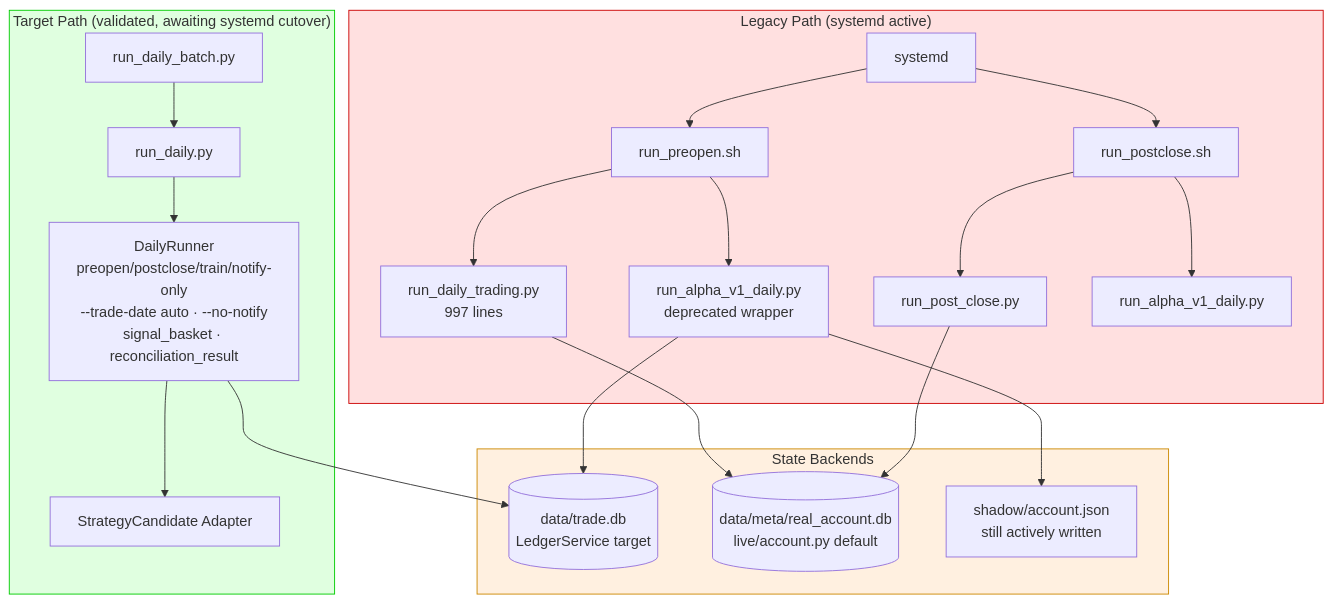
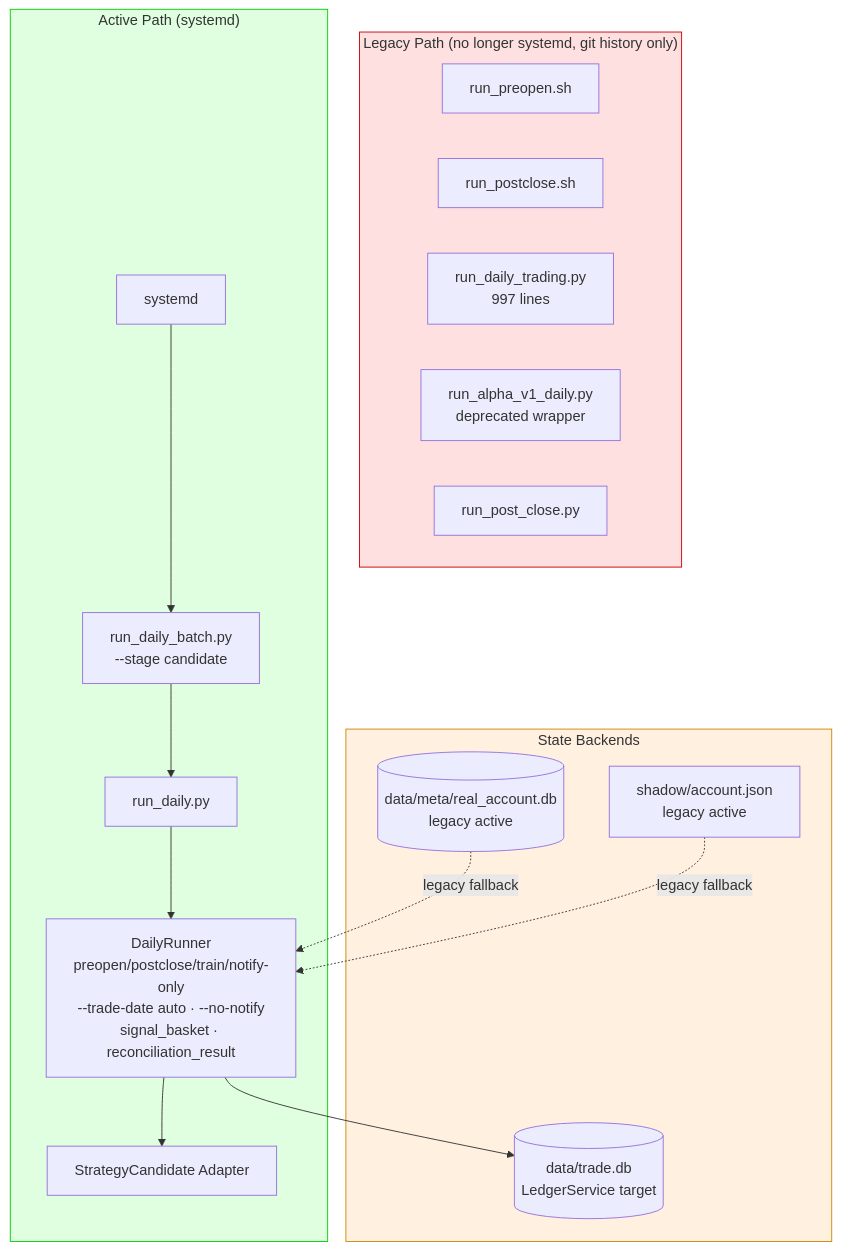
The second of 3 diagrams in docs/ARCHITECTURE.md (sinnergarden/SysQ), drawn with Mermaid before and after one commit. The commit also changed other lines of this file and 32 other files, not shown here.

````diff
--- a/docs/ARCHITECTURE.md
+++ b/docs/ARCHITECTURE.md
@@ -87,33 +87,31 @@
 ```mermaid
 flowchart TB
-    subgraph LEGACY["Legacy Path (systemd active)"]
-        SYS[systemd] --> SH[run_preopen.sh]
-        SYS --> PSH[run_postclose.sh]
-        SH --> RDT[run_daily_trading.py<br/>997 lines]
-        SH --> RAV[run_alpha_v1_daily.py<br/>deprecated wrapper]
-        PSH --> RPC[run_post_close.py]
-        PSH --> RAV2[run_alpha_v1_daily.py]
+    subgraph OLD["Legacy Path (no longer systemd, git history only)"]
+        SH[run_preopen.sh]
+        PSH[run_postclose.sh]
+        RDT[run_daily_trading.py<br/>997 lines]
+        RAV[run_alpha_v1_daily.py<br/>deprecated wrapper]
+        RPC[run_post_close.py]
     end
 
-    subgraph TARGET["Target Path (validated, awaiting systemd cutover)"]
-        TB[run_daily_batch.py] --> RD[run_daily.py]
+    subgraph CURRENT["Active Path (systemd)"]
+        SYS[systemd] --> TB[run_daily_batch.py<br/>--stage candidate]
+        TB --> RD[run_daily.py]
         RD --> NR[DailyRunner<br/>preopen/postclose/train/notify-only<br/>--trade-date auto · --no-notify<br/>signal_basket · reconciliation_result]
         NR --> CA[StrategyCandidate Adapter]
     end
 
     subgraph STATE["State Backends"]
         DB1[(data/trade.db<br/>LedgerService target)]
-        DB2[(data/meta/real_account.db<br/>live/account.py default)]
-        SHADOW[shadow/account.json<br/>still actively written]
+        DB2[(data/meta/real_account.db<br/>legacy active)]
+        SHADOW[shadow/account.json<br/>legacy active]
     end
 
-    RDT --> DB2
-    RPC --> DB2
-    RAV --> DB1
-    RAV --> SHADOW
     NR --> DB1
+    DB2 -.->|legacy fallback| NR
+    SHADOW -.->|legacy fallback| NR
 
-    style LEGACY fill:#ffe0e0,stroke:#c00
-    style TARGET fill:#e0ffe0,stroke:#0c0
+    style OLD fill:#ffe0e0,stroke:#c00
+    style CURRENT fill:#e0ffe0,stroke:#0c0
     style STATE fill:#fff0e0,stroke:#c80
 ```
````
